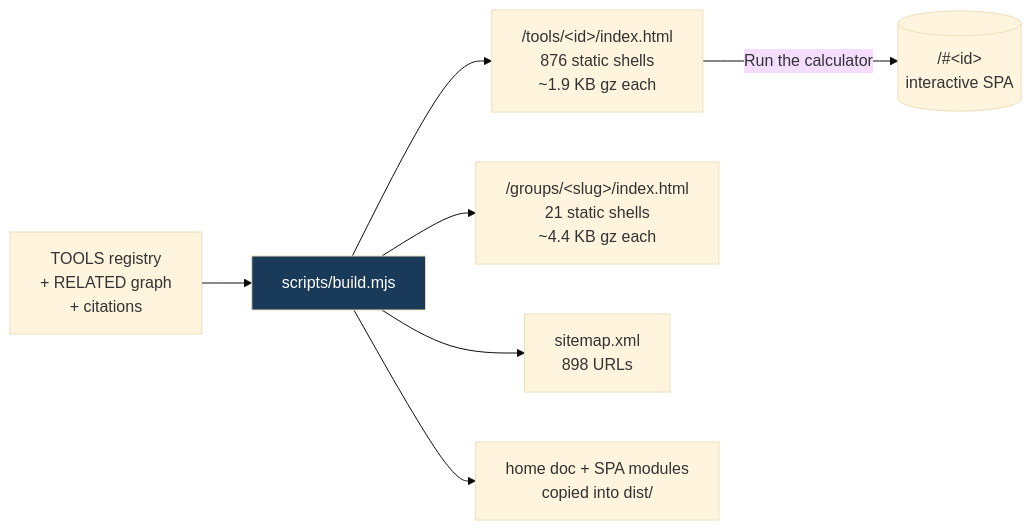
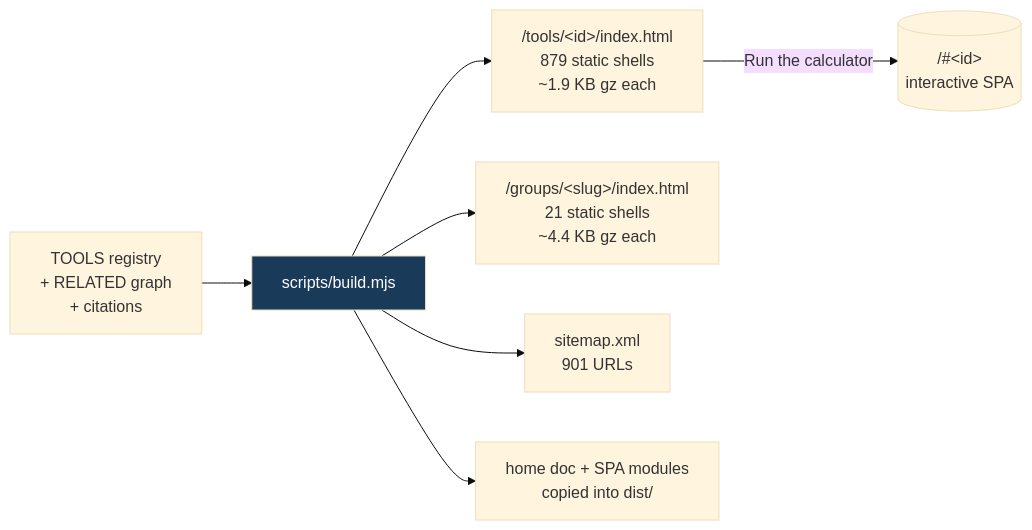
One commit to clay-good/roughlogic.com changed the fifth of 8 diagrams in README.md. Above: the diagram before and after it, drawn with Mermaid (base theme). The commit also changed other lines of this file and 20 other files, not shown here.

````diff
--- a/README.md
+++ b/README.md
@@ -495,10 +495,10 @@
 ```mermaid
 flowchart LR
     SRC[TOOLS registry\n+ RELATED graph\n+ citations] --> BUILD[scripts/build.mjs]
-    BUILD --> TILE["/tools/&lt;id&gt;/index.html\n876 static shells\n~1.9 KB gz each"]
+    BUILD --> TILE["/tools/&lt;id&gt;/index.html\n879 static shells\n~1.9 KB gz each"]
     BUILD --> GROUP["/groups/&lt;slug&gt;/index.html\n21 static shells\n~4.4 KB gz each"]
-    BUILD --> MAP["sitemap.xml\n898 URLs"]
+    BUILD --> MAP["sitemap.xml\n901 URLs"]
     BUILD --> COPY[home doc + SPA modules\ncopied into dist/]
     TILE -->|Run the calculator| SPA[("/#&lt;id&gt;\ninteractive SPA")]
     style BUILD fill:#1a3a5a,color:#fff
 ```
````
